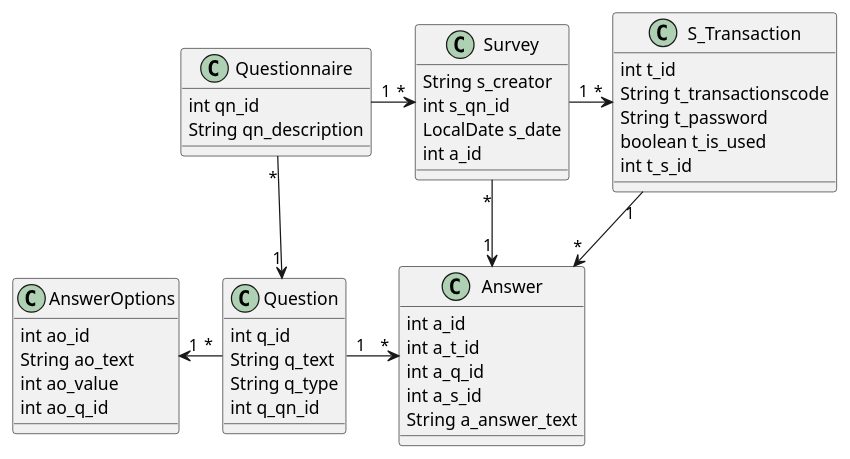
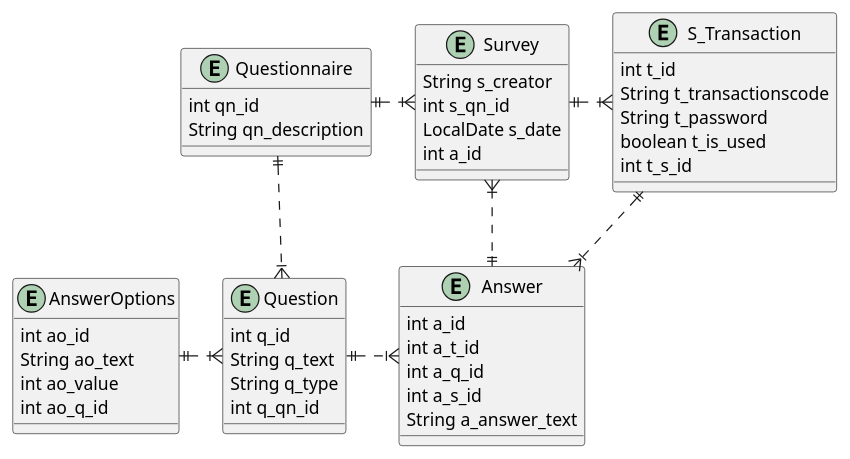
The first of 2 diagrams in asciidocs/index.adoc (1920-3ahitm-itp/02-project-repositories-studentfeedback), drawn with PlantUML before and after one commit. The commit also changed other lines of this file, not shown here.

Commit message:
ERD improved

```diff
--- a/asciidocs/index.adoc
+++ b/asciidocs/index.adoc
@@ -30,57 +30,57 @@
 [plantuml,erd,png]
 ----
 @startuml
 
-class Answer{
+entity Answer{
     int a_id
     int a_t_id
     int a_q_id
     int a_s_id
     String a_answer_text
 }
 
-class AnswerOptions{
+entity AnswerOptions{
     int ao_id
     String ao_text
     int ao_value
     int ao_q_id
 }
 
-class Question{
+entity Question{
     int q_id
     String q_text
     String q_type
     int q_qn_id
 }
 
-class Questionnaire{
+entity Questionnaire{
      int qn_id
      String qn_description
 }
 
-class S_Transaction{
+entity S_Transaction{
      int t_id
      String t_transactionscode
      String t_password
      boolean t_is_used
      int t_s_id
 }
 
-class Survey{
+entity Survey{
      String s_creator
      int s_qn_id
      LocalDate s_date
      int a_id
 }
 
-Questionnaire "1" -right-> " *" Survey
-Survey "*" -down-> "1" Answer
-Questionnaire "*" -down-> "1" Question
-Question "1" -right-> "*" Answer
-Question "*" -left-> "1" AnswerOptions
-Survey "1" -right-> "*" S_Transaction
-S_Transaction "1" --> "*" Answer
+Questionnaire ||.right.|{  Survey
+Survey }|.down.|| Answer
+Questionnaire ||.down.|{ Question
+Question ||.right.|{ Answer
+Question }|.left.|| AnswerOptions
+Survey  ||.right.|{  S_Transaction
+S_Transaction ||..|{ Answer
 
 
 @enduml
 ----
```
